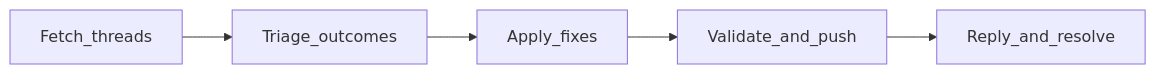
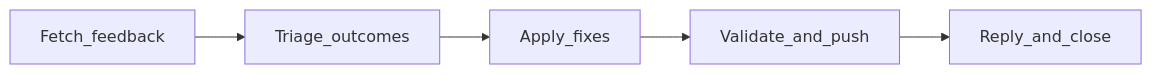
One commit to agents-repo/registry changed the diagram in packages/maiconfz/github-pr-review-triage/README.md. Above: the diagram before and after it, drawn with Mermaid. The commit also changed other lines of this file and 11 other files, not shown here.

````diff
--- a/packages/maiconfz/github-pr-review-triage/README.md
+++ b/packages/maiconfz/github-pr-review-triage/README.md
@@ -12,10 +13,10 @@
 ```mermaid
 flowchart LR
-  fetch[Fetch_threads]
+  fetch[Fetch_feedback]
   triage[Triage_outcomes]
   fix[Apply_fixes]
   ship[Validate_and_push]
-  close[Reply_and_resolve]
+  close[Reply_and_close]
 
   fetch --> triage --> fix --> ship --> close
 ```
````
